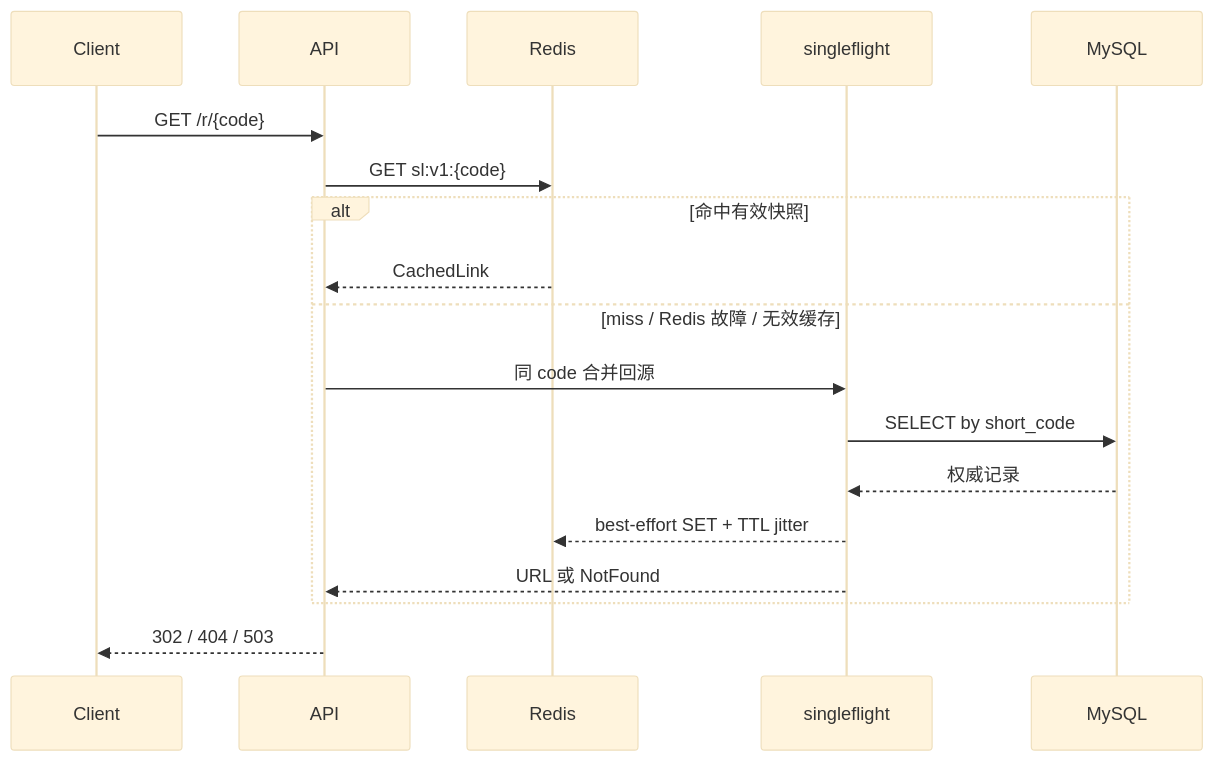
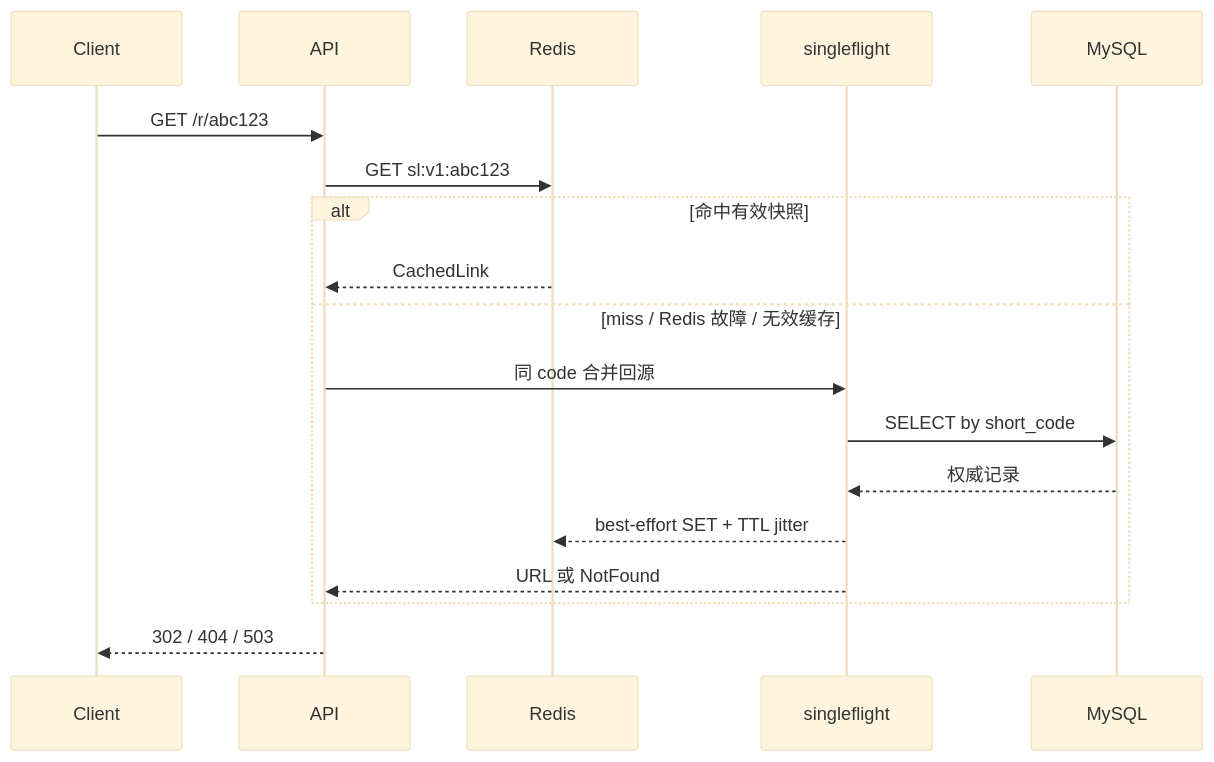
One commit to moqix26/study changed the second of 3 diagrams in 后端学习/Go/11-短链服务项目实战下.md. Above: the diagram before and after it, drawn with Mermaid (base theme). The commit also changed other lines of this file and 46 other files, not shown here.

````diff
--- a/后端学习/Go/11-短链服务项目实战下.md
+++ b/后端学习/Go/11-短链服务项目实战下.md
@@ -150,21 +283,21 @@
 ```mermaid
 sequenceDiagram
     participant C as Client
     participant A as API
     participant R as Redis
     participant S as singleflight
     participant M as MySQL
 
-    C->>A: GET /r/{code}
-    A->>R: GET sl:v1:{code}
+    C->>A: GET /r/abc123
+    A->>R: GET sl:v1:abc123
     alt 命中有效快照
         R-->>A: CachedLink
     else miss / Redis 故障 / 无效缓存
         A->>S: 同 code 合并回源
         S->>M: SELECT by short_code
         M-->>S: 权威记录
         S-->>R: best-effort SET + TTL jitter
         S-->>A: URL 或 NotFound
     end
     A-->>C: 302 / 404 / 503
 ```
````
